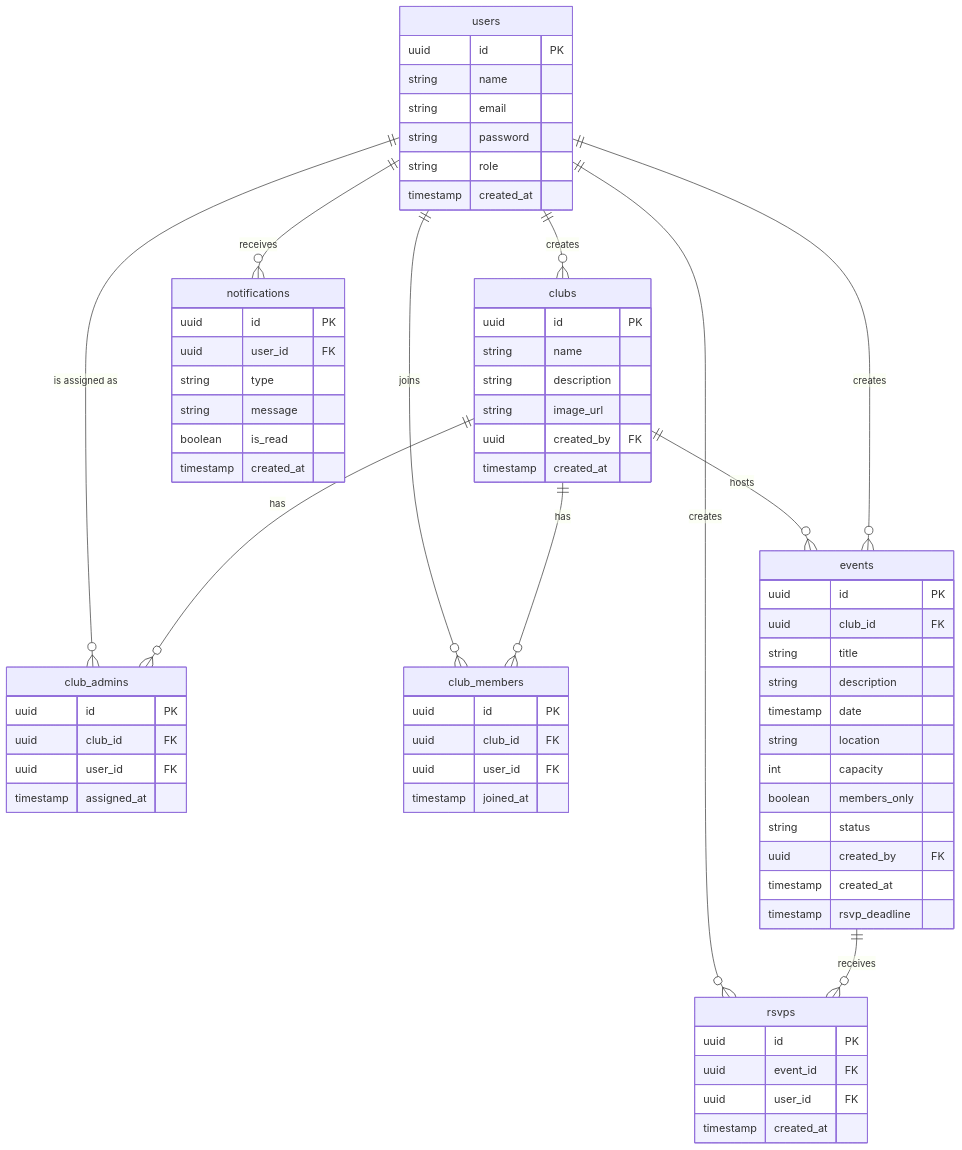
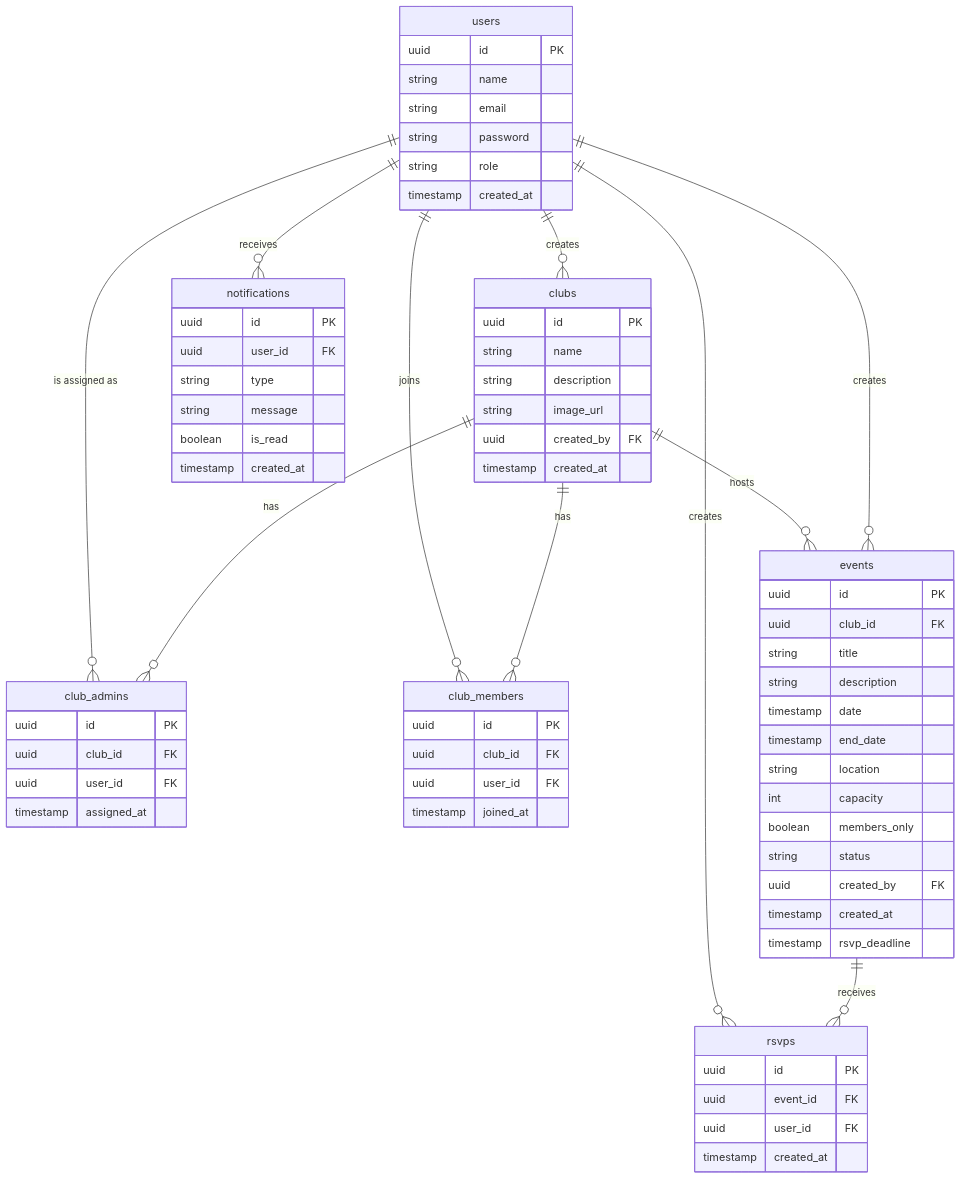
The diagram in docs/er-diagram.md (ehab177ehab/University-Club-Management-Portal), drawn with Mermaid before and after one commit. The commit also changed 1 other file, not shown here.

Commit message:
feat: add end_date field to events table for multi-day event support #25

````diff
--- a/docs/er-diagram.md
+++ b/docs/er-diagram.md
@@ -4,71 +4,72 @@
 ```mermaid
 erDiagram
   users {
     uuid id PK
     string name
     string email
     string password
     string role
     timestamp created_at
   }
   clubs {
     uuid id PK
     string name
     string description
     string image_url
     uuid created_by FK
     timestamp created_at
   }
   club_admins {
     uuid id PK
     uuid club_id FK
     uuid user_id FK
     timestamp assigned_at
   }
   club_members {
     uuid id PK
     uuid club_id FK
     uuid user_id FK
     timestamp joined_at
   }
   events {
     uuid id PK
     uuid club_id FK
     string title
     string description
     timestamp date
+    timestamp end_date
     string location
     int capacity
     boolean members_only
     string status
     uuid created_by FK
     timestamp created_at
     timestamp rsvp_deadline
   }
   rsvps {
     uuid id PK
     uuid event_id FK
     uuid user_id FK
     timestamp created_at
   }
 
   notifications {
   uuid id PK
   uuid user_id FK
   string type
   string message
   boolean is_read
   timestamp created_at
 }
 
   users ||--o{ club_admins : "is assigned as"
   clubs ||--o{ club_admins : "has"
   users ||--o{ club_members : "joins"
   clubs ||--o{ club_members : "has"
   clubs ||--o{ events : "hosts"
   users ||--o{ rsvps : "creates"
   events ||--o{ rsvps : "receives"
   users ||--o{ clubs : "creates"
   users ||--o{ events : "creates"
   users ||--o{ notifications : "receives"
 ```
````
